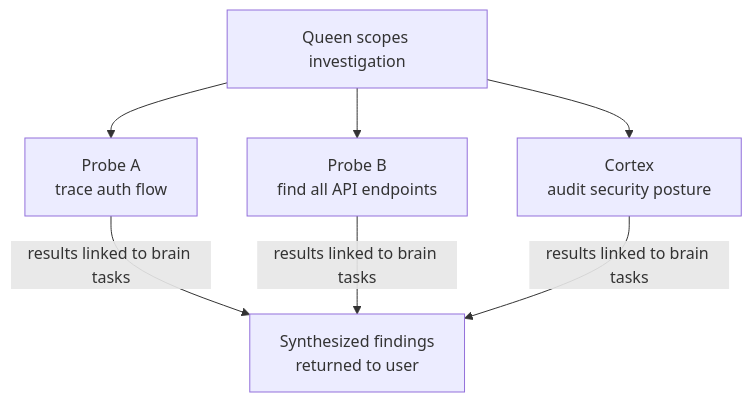
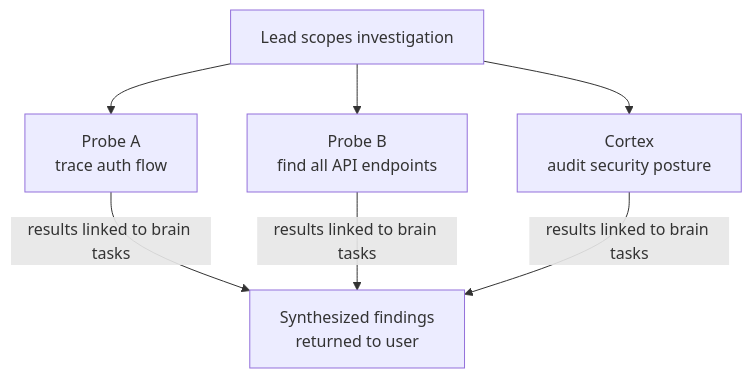
One commit to benediktms/unimatrix changed the seventh of 8 diagrams in README.md. Above: the diagram before and after it, drawn with Mermaid. The commit also changed other lines of this file, not shown here.

First line of the commit message:
fix: audit README — replace Queen with Lead, fix Mermaid line breaks

````diff
--- a/README.md
+++ b/README.md
@@ -268,8 +265,8 @@
 ```mermaid
 flowchart TD
-    Queen["Queen scopes investigation"] --> ProbeA & ProbeB & Cortex
+    Lead["Lead scopes investigation"] --> ProbeA & ProbeB & Cortex
     ProbeA["Probe A<br/>trace auth flow"]
     ProbeB["Probe B<br/>find all API endpoints"]
     Cortex["Cortex<br/>audit security posture"]
     ProbeA & ProbeB & Cortex -->|results linked to brain tasks| Synthesis["Synthesized findings<br/>returned to user"]
 ```
````
